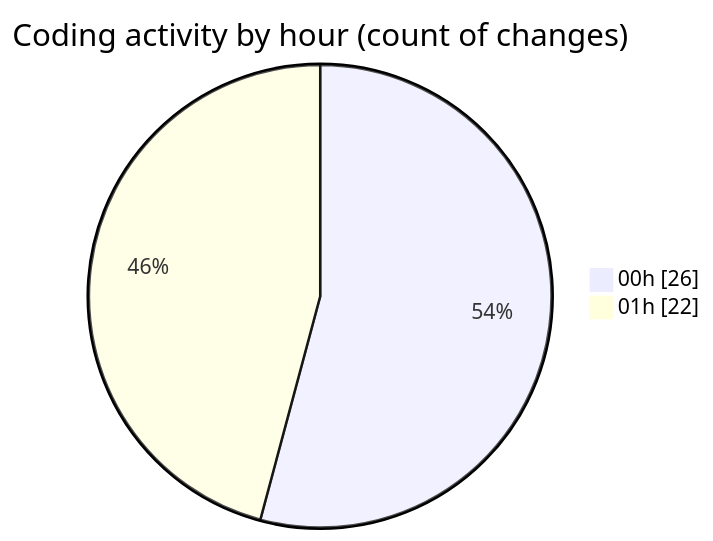
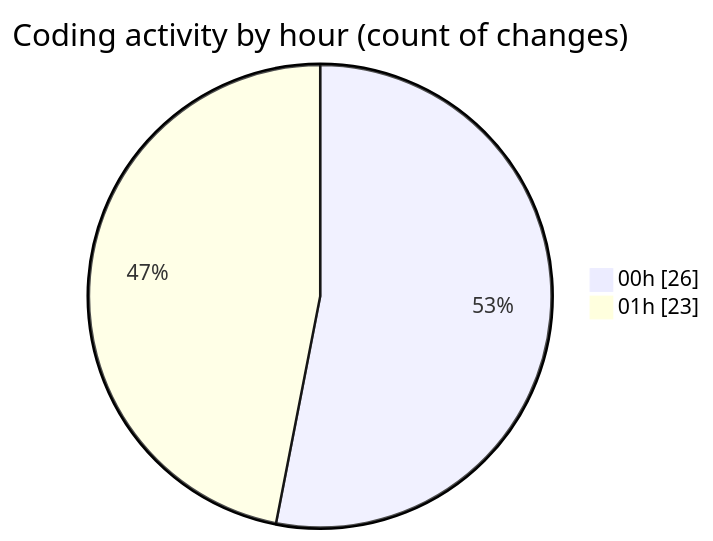
Before and after one commit to lephambinh05/code-tracking: the second of 2 diagrams in 2025-08-17/rentotp/README.md, drawn with Mermaid. The commit also changed other lines of this file and 1 other file, not shown here.

````diff
--- a/2025-08-17/rentotp/README.md
+++ b/2025-08-17/rentotp/README.md
@@ -44,6 +44,6 @@
 ```mermaid
 pie showData
 title Coding activity by hour (count of changes)
 "00h" : 26
-"01h" : 22
+"01h" : 23
 ```
````
